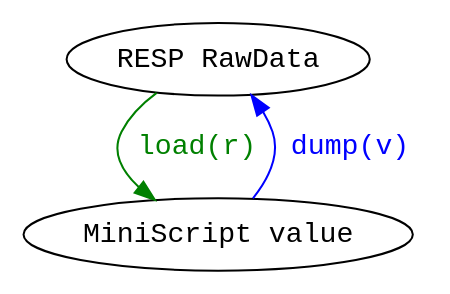
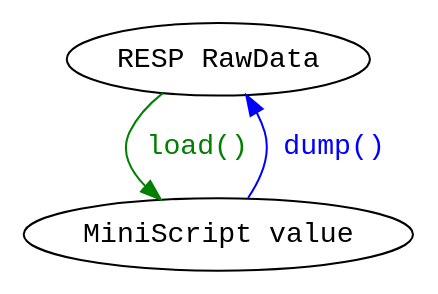
The diagram in data/hlapi.dot (marcgurevitx/resp-ms), drawn with Graphviz before and after one commit. The commit also changed 9 other files, not shown here.

```diff
--- a/data/hlapi.dot
+++ b/data/hlapi.dot
@@ -1,11 +1,11 @@
 
 digraph {
 	node [fontname="Monospace"]
 	edge [fontname="Monospace"]
 	
 	RR [label="RESP RawData"]
 	MS [label="MiniScript value"]
 	
-	RR -> MS [label=" load(r) ", color="green", fontcolor="green"]
-	MS -> RR [label=" dump(v) ", color="blue", fontcolor="blue"]
+	RR -> MS [label=" load() ", color="green", fontcolor="green"]
+	MS -> RR [label=" dump() ", color="blue", fontcolor="blue"]
 }
```
